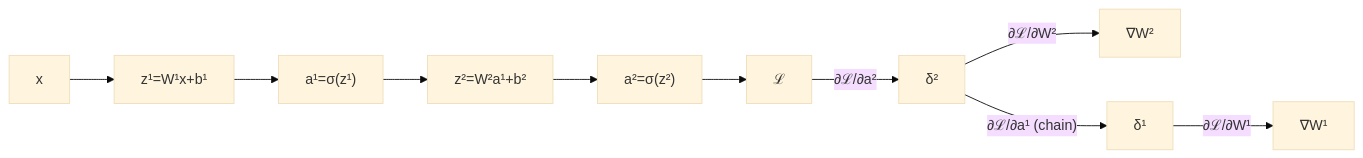
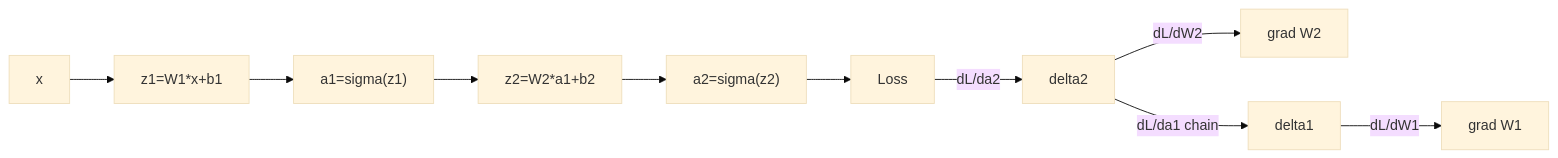
Before and after one commit to chinnaip/DeeplearingClassNotes: the fourth of 6 diagrams in exam_answers/test_answer_key.md, drawn with Mermaid (base theme). The commit also changed other lines of this file, not shown here.

````diff
--- a/exam_answers/test_answer_key.md
+++ b/exam_answers/test_answer_key.md
@@ -113,11 +113,11 @@
 ```mermaid
 flowchart LR
-    x["x"] --> z1["z¹=W¹x+b¹"] --> a1["a¹=σ(z¹)"]
-    a1 --> z2["z²=W²a¹+b²"] --> a2["a²=σ(z²)"]
-    a2 --> L["ℒ"]
+    x["x"] --> z1["z1=W1*x+b1"] --> a1["a1=sigma(z1)"]
+    a1 --> z2["z2=W2*a1+b2"] --> a2["a2=sigma(z2)"]
+    a2 --> L["Loss"]
 
-    L -->|"∂ℒ/∂a²"| da2["δ²"]
-    da2 -->|"∂ℒ/∂W²"| dW2["∇W²"]
-    da2 -->|"∂ℒ/∂a¹ (chain)"| da1["δ¹"]
-    da1 -->|"∂ℒ/∂W¹"| dW1["∇W¹"]
+    L -->|"dL/da2"| da2["delta2"]
+    da2 -->|"dL/dW2"| dW2["grad W2"]
+    da2 -->|"dL/da1 chain"| da1["delta1"]
+    da1 -->|"dL/dW1"| dW1["grad W1"]
 ```
````
